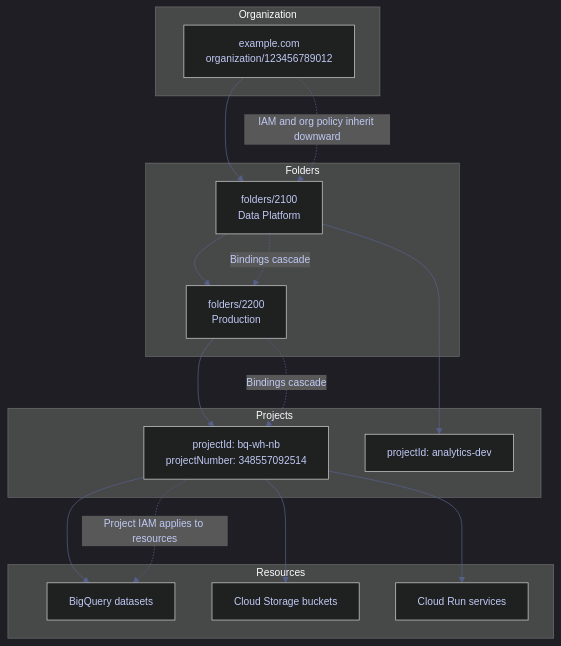
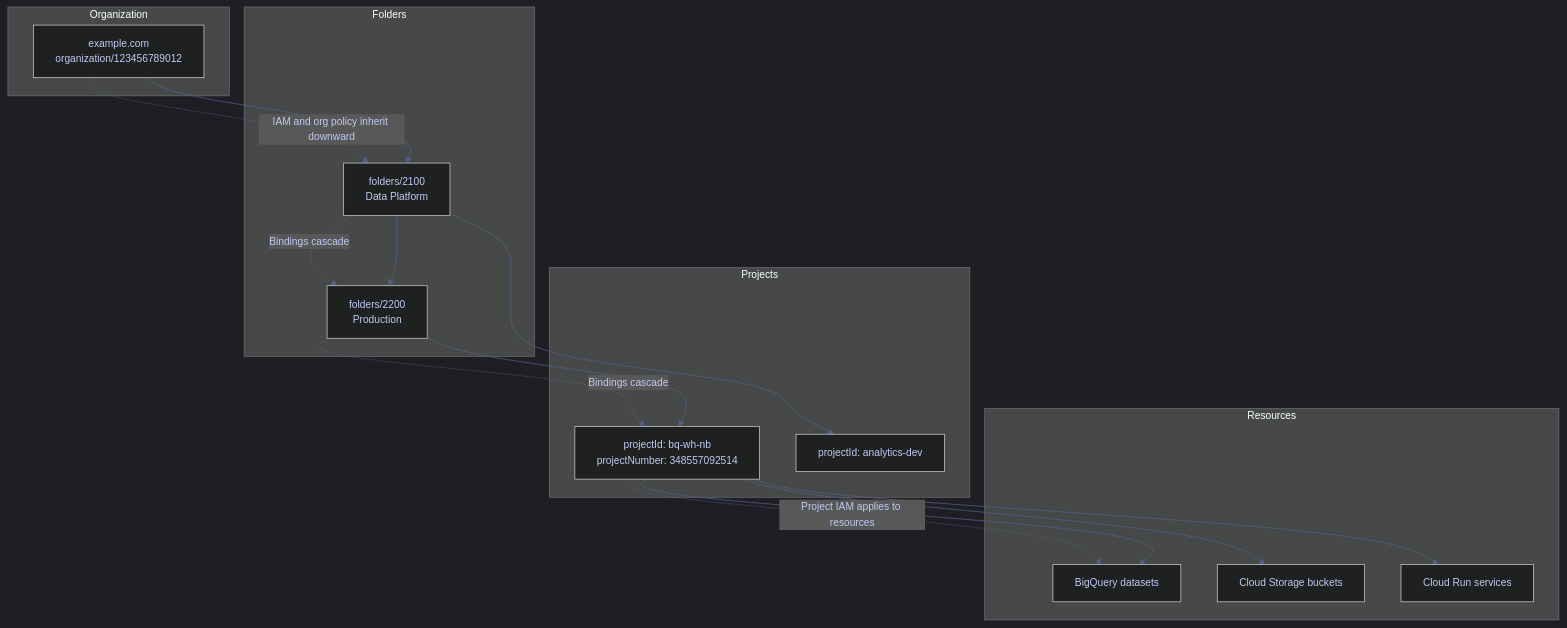
One commit to alp78/elysium changed the diagram in content/06-GCP/01-Core/01-gcp-resource-hierarchy.md. Above: the diagram before and after it, drawn with Mermaid. The commit also changed 216 other files, not shown here.

````diff
--- a/content/06-GCP/01-Core/01-gcp-resource-hierarchy.md
+++ b/content/06-GCP/01-Core/01-gcp-resource-hierarchy.md
@@ -376,46 +376,59 @@
 ```mermaid
 %%{init: {'theme': 'dark', 'themeVariables': {
   'primaryColor': '#292e42',
   'primaryTextColor': '#c0caf5',
   'primaryBorderColor': '#565f89',
   'lineColor': '#565f89',
   'secondaryColor': '#1a1b26',
   'tertiaryColor': '#24283b',
   'noteTextColor': '#c0caf5',
   'noteBkgColor': '#292e42',
   'textColor': '#c0caf5',
   'fontSize': '14px'
 }}}%%
 flowchart TD
     subgraph ORG["Organization"]
         O["example.com<br>organization/123456789012"]
     end
 
     subgraph FOLDERS["Folders"]
+        FPAD[" "]
         F1["folders/2100<br>Data Platform"]
         F2["folders/2200<br>Production"]
+        FPAD ~~~ F1
+        FPAD ~~~ F2
     end
 
     subgraph PROJECTS["Projects"]
+        PPAD[" "]
         P1["projectId: bq-wh-nb<br>projectNumber: 348557092514"]
         P2["projectId: analytics-dev"]
+        PPAD ~~~ P1
+        PPAD ~~~ P2
     end
 
     subgraph RESOURCES["Resources"]
+        RPAD[" "]
         R1["BigQuery datasets"]
         R2["Cloud Storage buckets"]
         R3["Cloud Run services"]
+        RPAD ~~~ R1
+        RPAD ~~~ R2
+        RPAD ~~~ R3
     end
 
     O --> F1
     F1 --> F2
     F2 --> P1
     F1 --> P2
+    style FPAD fill:transparent,stroke:transparent,color:transparent
+    style PPAD fill:transparent,stroke:transparent,color:transparent
+    style RPAD fill:transparent,stroke:transparent,color:transparent
     P1 --> R1
     P1 --> R2
     P1 --> R3
     O -. "IAM and org policy inherit downward" .-> F1
     F1 -. "Bindings cascade" .-> F2
     F2 -. "Bindings cascade" .-> P1
     P1 -. "Project IAM applies to resources" .-> R1
 ```
````
